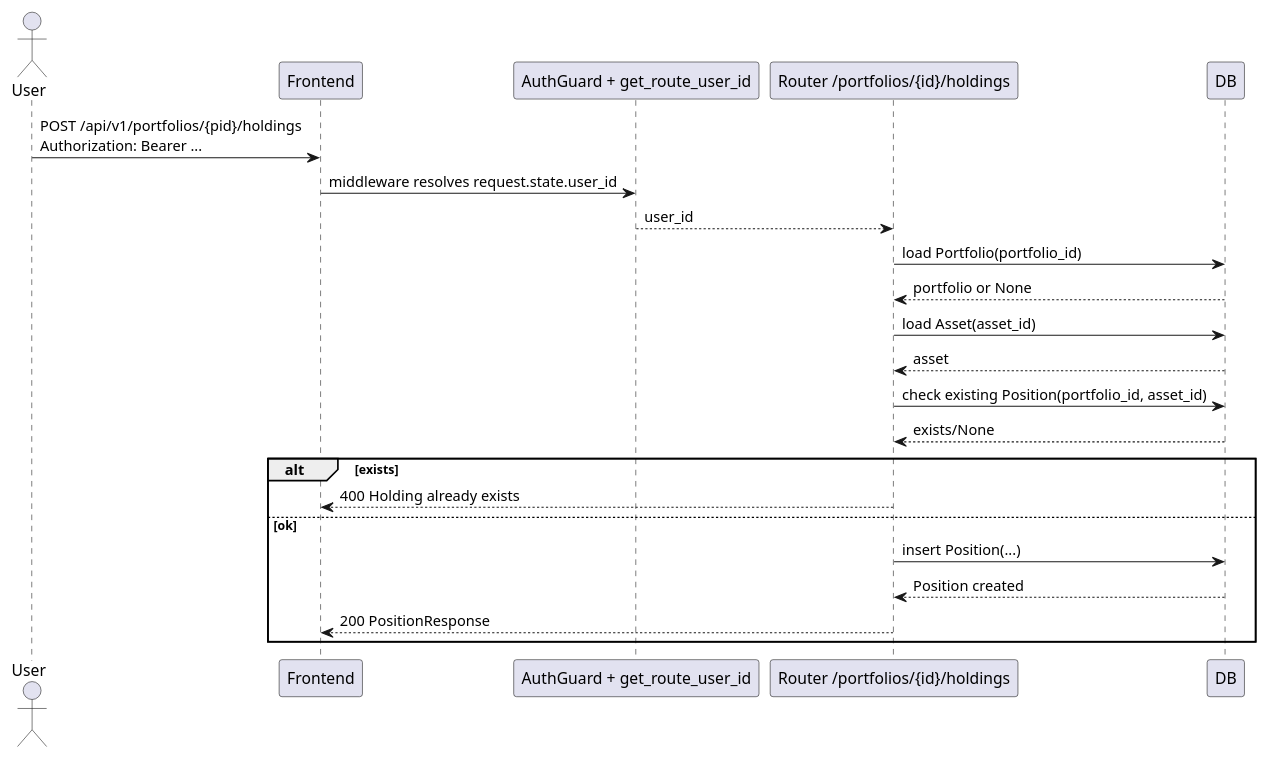
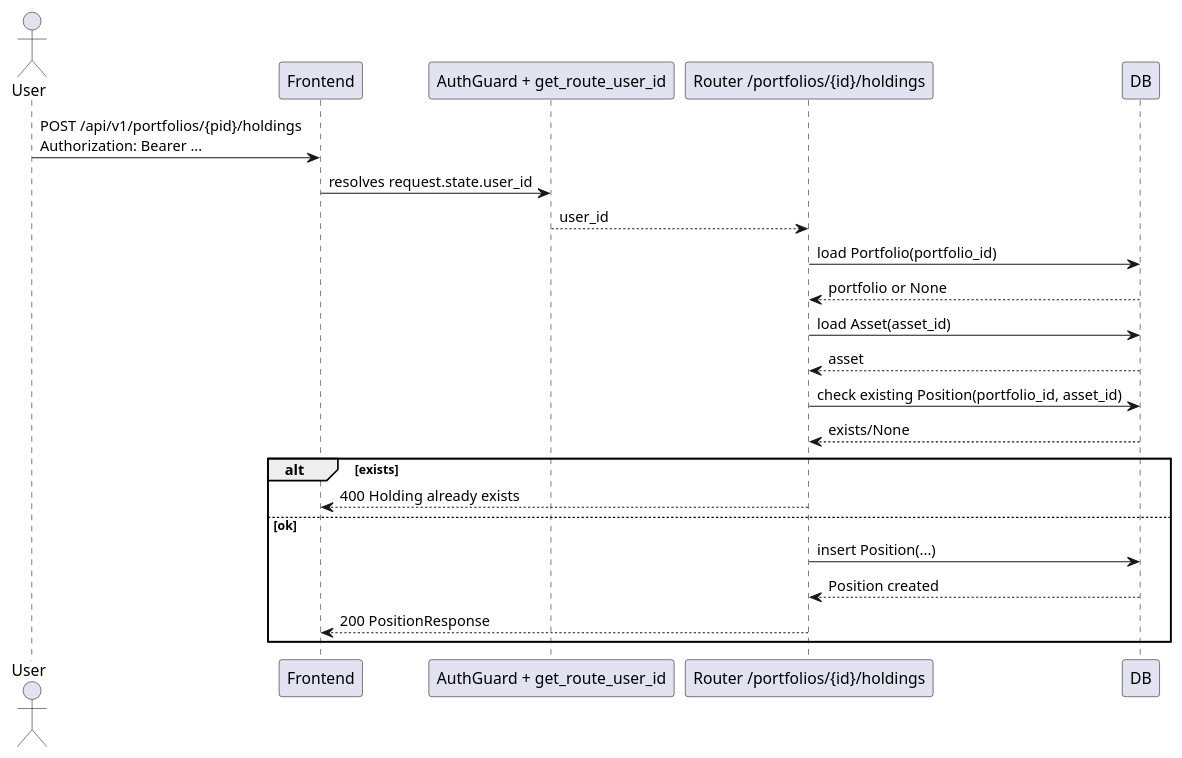
Before and after one commit to Shakour-Data/BedaanWaves: the third of 4 diagrams in docs/02_architecture/ARCH_uml-level4-sequences_v1.md, drawn with PlantUML. The commit also changed other lines of this file and 30 other files, not shown here.

````diff
--- a/docs/02_architecture/ARCH_uml-level4-sequences_v1.md
+++ b/docs/02_architecture/ARCH_uml-level4-sequences_v1.md
@@ -51,26 +51,26 @@
 ```plantuml
 @startuml
 actor User
 participant "Frontend" as FE
 participant "AuthGuard + get_route_user_id" as AUTH
 participant "Router /portfolios/{id}/holdings" as R
 participant "DB" as DB
 
 User -> FE : POST /api/v1/portfolios/{pid}/holdings\nAuthorization: Bearer ...
-FE -> AUTH : middleware resolves request.state.user_id
+FE -> AUTH :  resolves request.state.user_id
 AUTH --> R : user_id
 R -> DB : load Portfolio(portfolio_id)
 DB --> R : portfolio or None
 R -> DB : load Asset(asset_id)
 DB --> R : asset
 R -> DB : check existing Position(portfolio_id, asset_id)
 DB --> R : exists/None
 alt exists
   R --> FE : 400 Holding already exists
 else ok
   R -> DB : insert Position(...)
   DB --> R : Position created
   R --> FE : 200 PositionResponse
 end
 @enduml
 ```
````
